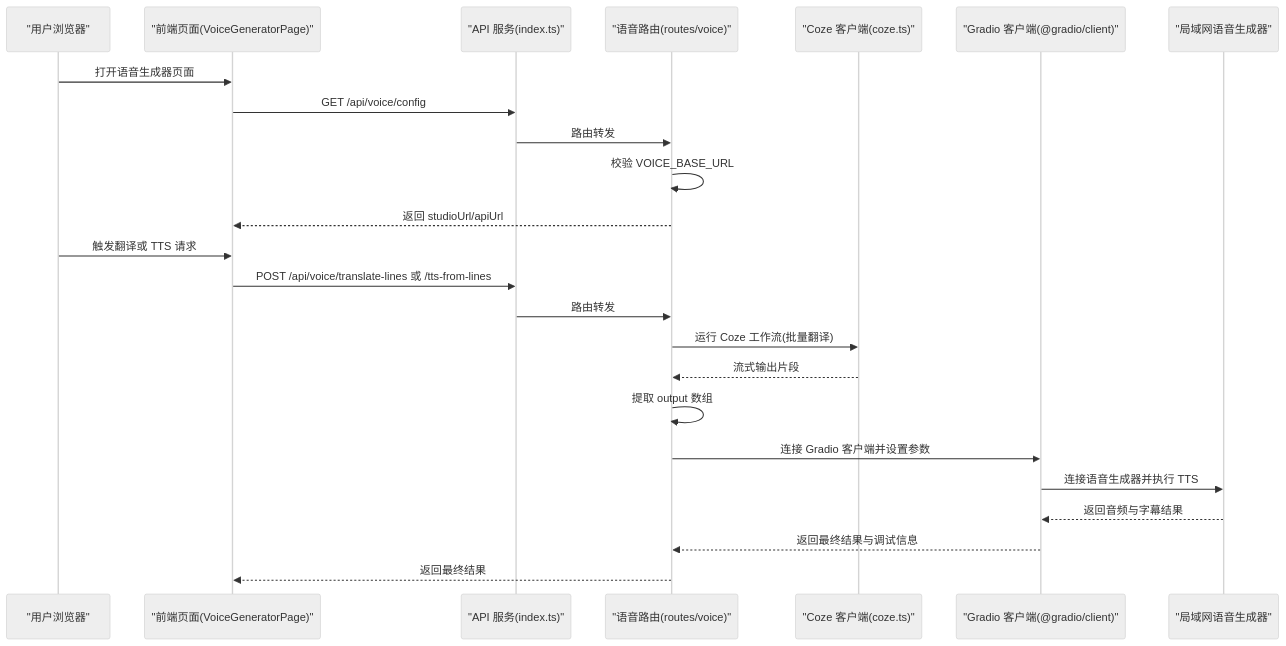
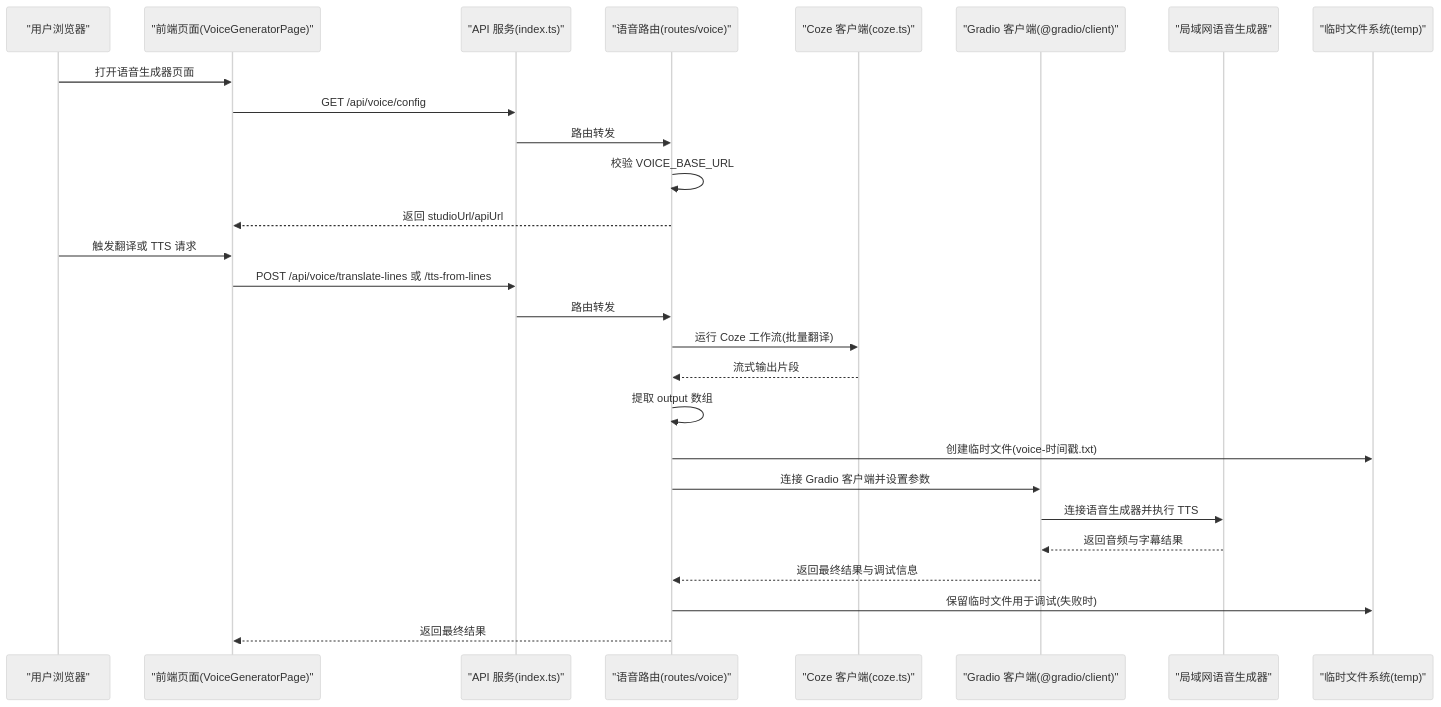
The second of 4 diagrams in .qoder/repowiki/zh/content/语音生成系统.md (hanksd769-droid/sailshub), drawn with Mermaid (neutral theme) before and after one commit. The commit also changed other lines of this file and 4 other files, not shown here.

````diff
--- a/.qoder/repowiki/zh/content/语音生成系统.md
+++ b/.qoder/repowiki/zh/content/语音生成系统.md
@@ -128,26 +139,29 @@
 ```mermaid
 sequenceDiagram
 participant U as "用户浏览器"
 participant W as "前端页面(VoiceGeneratorPage)"
 participant A as "API 服务(index.ts)"
 participant V as "语音路由(routes/voice)"
 participant C as "Coze 客户端(coze.ts)"
 participant G as "Gradio 客户端(@gradio/client)"
 participant S as "局域网语音生成器"
+participant T as "临时文件系统(temp)"
 U->>W : 打开语音生成器页面
 W->>A : GET /api/voice/config
 A->>V : 路由转发
 V->>V : 校验 VOICE_BASE_URL
 V-->>W : 返回 studioUrl/apiUrl
 U->>W : 触发翻译或 TTS 请求
 W->>A : POST /api/voice/translate-lines 或 /tts-from-lines
 A->>V : 路由转发
 V->>C : 运行 Coze 工作流(批量翻译)
 C-->>V : 流式输出片段
 V->>V : 提取 output 数组
+V->>T : 创建临时文件(voice-时间戳.txt)
 V->>G : 连接 Gradio 客户端并设置参数
 G->>S : 连接语音生成器并执行 TTS
 S-->>G : 返回音频与字幕结果
 G-->>V : 返回最终结果与调试信息
+V->>T : 保留临时文件用于调试(失败时)
 V-->>W : 返回最终结果
 ```
````
